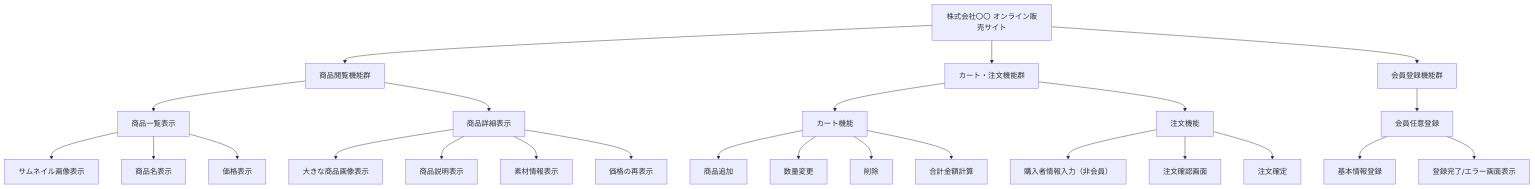
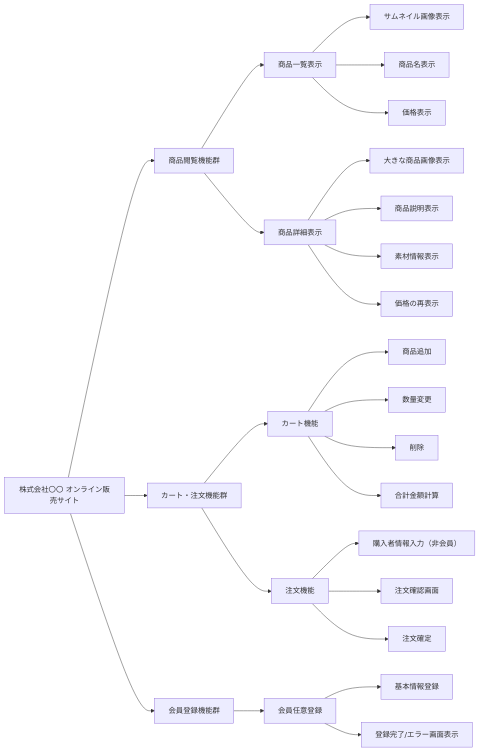
Before and after one commit to ainaga09/ACE: the first of 4 diagrams in 基本設計/機能設計/機能設計.md, drawn with Mermaid. The commit also changed other lines of this file and 3 other files, not shown here.

```diff
--- a/基本設計/機能設計/機能設計.md
+++ b/基本設計/機能設計/機能設計.md
@@ -48,44 +48,44 @@
 <div class="mermaid">
-graph TD
-  ECサイト[株式会社〇〇 オンライン販売サイト]
-
-  %% 大分類
-  ECサイト --> F1[商品閲覧機能群]
-  ECサイト --> F2[カート・注文機能群]
-  ECサイト --> F3[会員登録機能群]
-  
-
-  %% 商品閲覧機能
-  F1 --> F1_1[商品一覧表示]
-  F1 --> F1_2[商品詳細表示]
-
-  %% 商品一覧表示の子機能
-  F1_1 --> F1_1_1[サムネイル画像表示]
-  F1_1 --> F1_1_2[商品名表示]
-  F1_1 --> F1_1_3[価格表示]
-
-  %% 商品詳細表示の子機能
-  F1_2 --> F1_2_1[大きな商品画像表示]
-  F1_2 --> F1_2_2[商品説明表示]
-  F1_2 --> F1_2_3[素材情報表示]
-  F1_2 --> F1_2_4[価格の再表示]
-
-  %% カート・注文機能群
-  F2 --> F2_1[カート機能]
-  F2 --> F2_2[注文機能]
-
-  F2_1 --> F2_1_1[商品追加]
-  F2_1 --> F2_1_2[数量変更]
-  F2_1 --> F2_1_3[削除]
-  F2_1 --> F2_1_4[合計金額計算]
-
-  F2_2 --> F2_2_1[購入者情報入力（非会員）]
-  F2_2 --> F2_2_2[注文確認画面]
-  F2_2 --> F2_2_3[注文確定]
-
-  %% 会員登録
-  F3 --> F3_1[会員任意登録]
-  F3_1 --> F3_1_1[基本情報登録]
-  F3_1 --> F3_1_2[登録完了/エラー画面表示]
+graph LR
+    ECサイト[株式会社〇〇 オンライン販売サイト]
+ 
+    %% 大分類
+    ECサイト --> F1[商品閲覧機能群]
+    ECサイト --> F2[カート・注文機能群]
+    ECサイト --> F3[会員登録機能群]
+ 
+    %% 商品閲覧機能
+    F1 --> F1_1[商品一覧表示]
+    F1 --> F1_2[商品詳細表示]
+ 
+    %% 商品一覧表示の子機能
+    F1_1 --> F1_1_1[サムネイル画像表示]
+    F1_1 --> F1_1_2[商品名表示]
+    F1_1 --> F1_1_3[価格表示]
+ 
+    %% 商品詳細表示の子機能
+    F1_2 --> F1_2_1[大きな商品画像表示]
+    F1_2 --> F1_2_2[商品説明表示]
+    F1_2 --> F1_2_3[素材情報表示]
+    F1_2 --> F1_2_4[価格の再表示]
+ 
+    %% カート・注文機能群
+    F2 --> F2_1[カート機能]
+    F2 --> F2_2[注文機能]
+ 
+    F2_1 --> F2_1_1[商品追加]
+    F2_1 --> F2_1_2[数量変更]
+    F2_1 --> F2_1_3[削除]
+    F2_1 --> F2_1_4[合計金額計算]
+ 
+    F2_2 --> F2_2_1[購入者情報入力（非会員）]
+    F2_2 --> F2_2_2[注文確認画面]
+    F2_2 --> F2_2_3[注文確定]
+ 
+    %% 会員登録
+    F3 --> F3_1[会員任意登録]
+    F3_1 --> F3_1_1[基本情報登録]
+    F3_1 --> F3_1_2[登録完了/エラー画面表示]
+ 
 
 </div>
```
